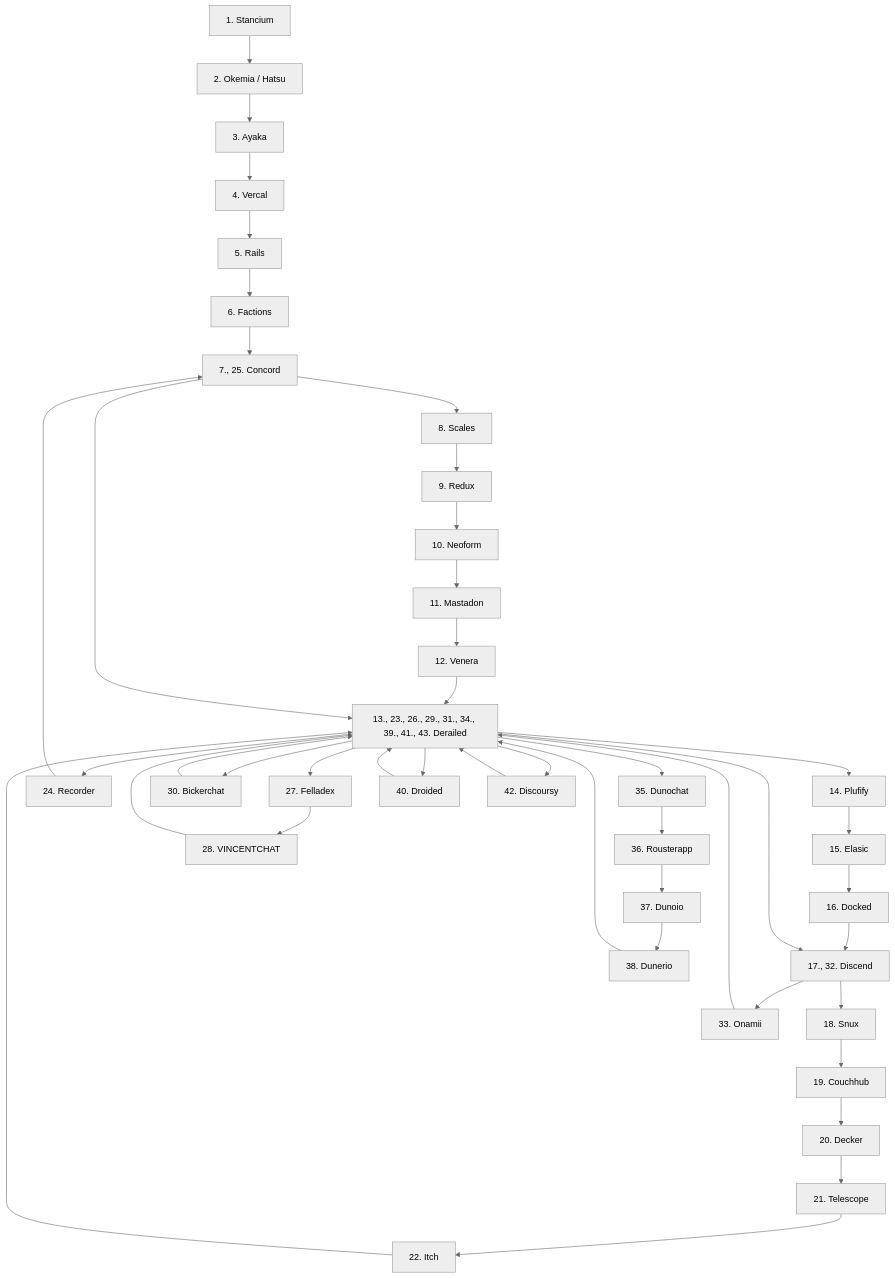
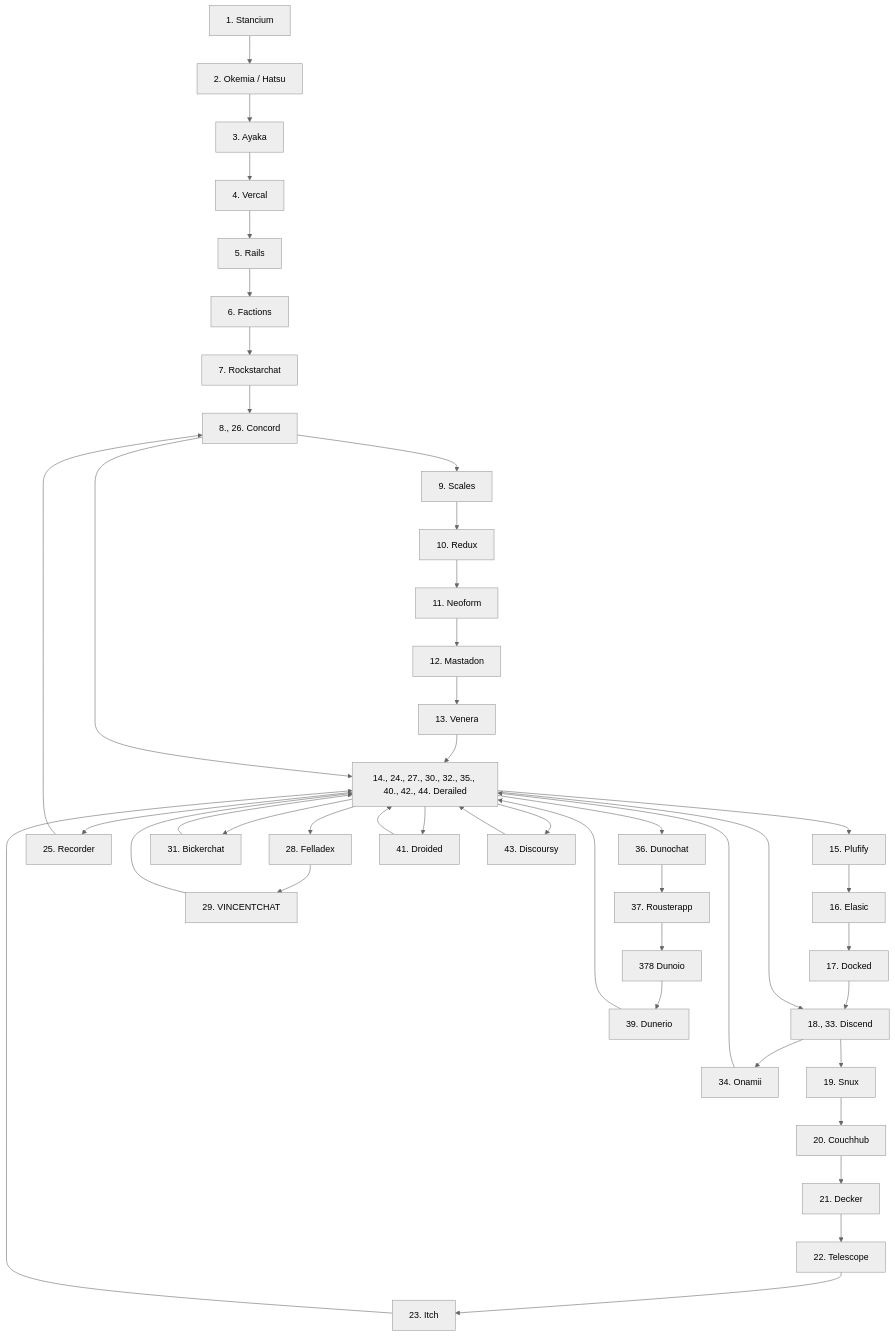
One commit to H4ckerxx44/vincent-everything-org-name-history changed the diagram in chatapp/README.md. Above: the diagram before and after it, drawn with Mermaid (neutral theme). The commit also changed other lines of this file, not shown here.

````diff
--- a/chatapp/README.md
+++ b/chatapp/README.md
@@ -50,49 +52,50 @@
 ```mermaid
 ---
 title Names of Vincent's Chat App
 ---
 flowchart TD
 
 Stancium[1. Stancium] --> okemiahatsu[2. Okemia / Hatsu]
 okemiahatsu --> Ayaka[3. Ayaka]
 Ayaka --> Vercal[4. Vercal]
 Vercal --> Rails[5. Rails]
 Rails --> Factions[6. Factions]
-Factions --> Concord[7., 25. Concord]
-Concord --> Scales[8. Scales]
-Scales --> Redux[9. Redux]
-Redux --> Neoform[10. Neoform]
-Neoform --> Mastadon[11. Mastadon]
-Mastadon --> Venera[12. Venera]
-Venera --> Derailed[13., 23., 26., 29., 31., 34., 39., 41., 43. Derailed]
-Derailed --> Plufify[14. Plufify]
-Plufify --> Elasic[15. Elasic]
-Elasic --> Docked[16. Docked]
-Docked --> Discend[17., 32. Discend]
-Discend --> Snux[18. Snux]
-Snux --> Couchhub[19. Couchhub]
-Couchhub --> Decker[20. Decker]
-Decker --> Telescope[21. Telescope]
-Telescope --> Itch[22. Itch]
+Factions --> Rockstarchat[7. Rockstarchat]
+    Rockstarchat --> Concord[8., 26. Concord]
+Concord --> Scales[9. Scales]
+Scales --> Redux[10. Redux]
+Redux --> Neoform[11. Neoform]
+Neoform --> Mastadon[12. Mastadon]
+Mastadon --> Venera[13. Venera]
+Venera --> Derailed[14., 24., 27., 30., 32., 35., 40., 42., 44. Derailed]
+Derailed --> Plufify[15. Plufify]
+Plufify --> Elasic[16. Elasic]
+Elasic --> Docked[17. Docked]
+Docked --> Discend[18., 33. Discend]
+Discend --> Snux[19. Snux]
+Snux --> Couchhub[20. Couchhub]
+Couchhub --> Decker[21. Decker]
+Decker --> Telescope[22. Telescope]
+Telescope --> Itch[23. Itch]
 Itch --> Derailed
-Derailed --> Recorder[24. Recorder]
+Derailed --> Recorder[25. Recorder]
 Recorder --> Concord
 Concord --> Derailed
-Derailed --> Felladex[27. Felladex]
-Felladex --> VINCENTCHAT[28. VINCENTCHAT]
+Derailed --> Felladex[28. Felladex]
+Felladex --> VINCENTCHAT[29. VINCENTCHAT]
 VINCENTCHAT --> Derailed
-Derailed --> Bickerchat[30. Bickerchat]
+Derailed --> Bickerchat[31. Bickerchat]
 Bickerchat --> Derailed
 Derailed --> Discend
-Discend --> Onamii[33. Onamii]
+Discend --> Onamii[34. Onamii]
 Onamii --> Derailed
-Derailed --> Dunochat[35. Dunochat]
-Dunochat --> Rousterapp[36. Rousterapp]
-Rousterapp --> Dunoio[37. Dunoio]
-Dunoio --> Dunerio[38. Dunerio]
+Derailed --> Dunochat[36. Dunochat]
+Dunochat --> Rousterapp[37. Rousterapp]
+Rousterapp --> Dunoio[378 Dunoio]
+Dunoio --> Dunerio[39. Dunerio]
 Dunerio --> Derailed
-Derailed --> Droided[40. Droided]
+Derailed --> Droided[41. Droided]
 Droided --> Derailed
-Derailed --> Discoursy[42. Discoursy]
+Derailed --> Discoursy[43. Discoursy]
 Discoursy --> Derailed
 ```
````
